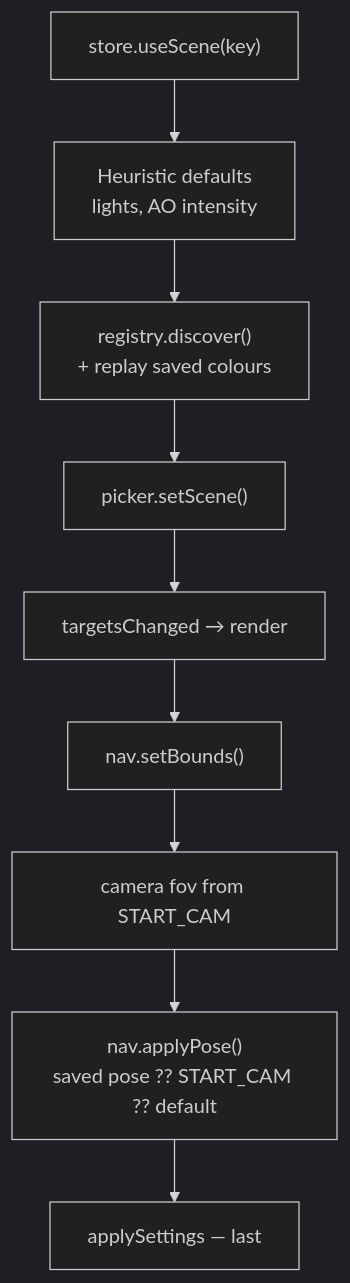
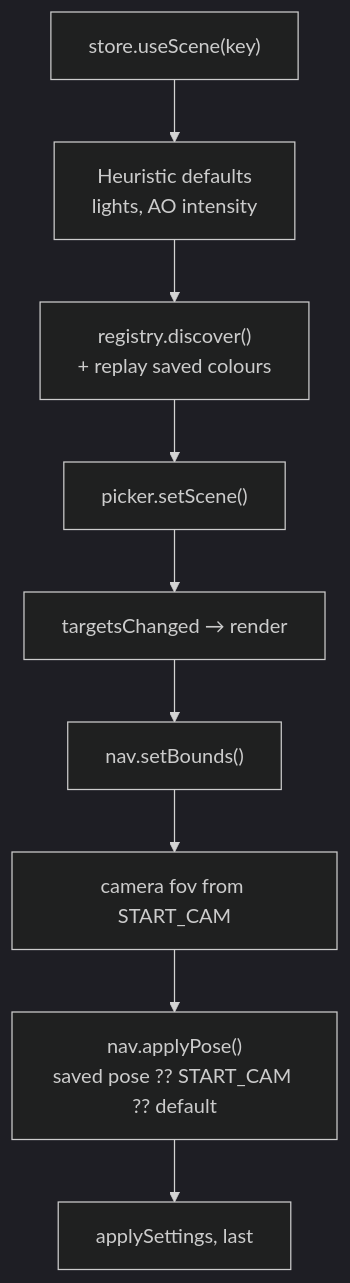
Before and after one commit to maltemindedal/repaint: the first of 2 diagrams in docs/architecture/overview.md, drawn with Mermaid (dark theme). The commit also changed other lines of this file and 55 other files, not shown here.

````diff
--- a/docs/architecture/overview.md
+++ b/docs/architecture/overview.md
@@ -50,11 +50,11 @@
 ```mermaid
 flowchart TD
     A["store.useScene(key)"] --> B[Heuristic defaults<br/>lights, AO intensity]
     B --> C["registry.discover()<br/>+ replay saved colours"]
     C --> D["picker.setScene()"]
     D --> E[targetsChanged → render]
     E --> F["nav.setBounds()"]
     F --> G[camera fov from START_CAM]
     G --> H["nav.applyPose()<br/>saved pose ?? START_CAM ?? default"]
-    H --> I[applySettings — last]
+    H --> I[applySettings, last]
 ```
````
